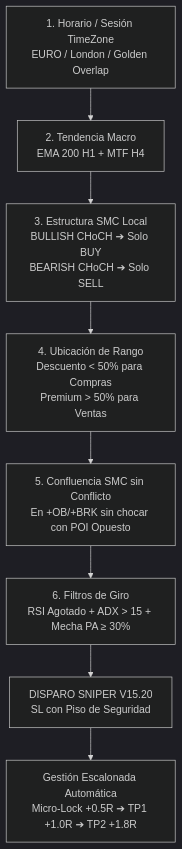
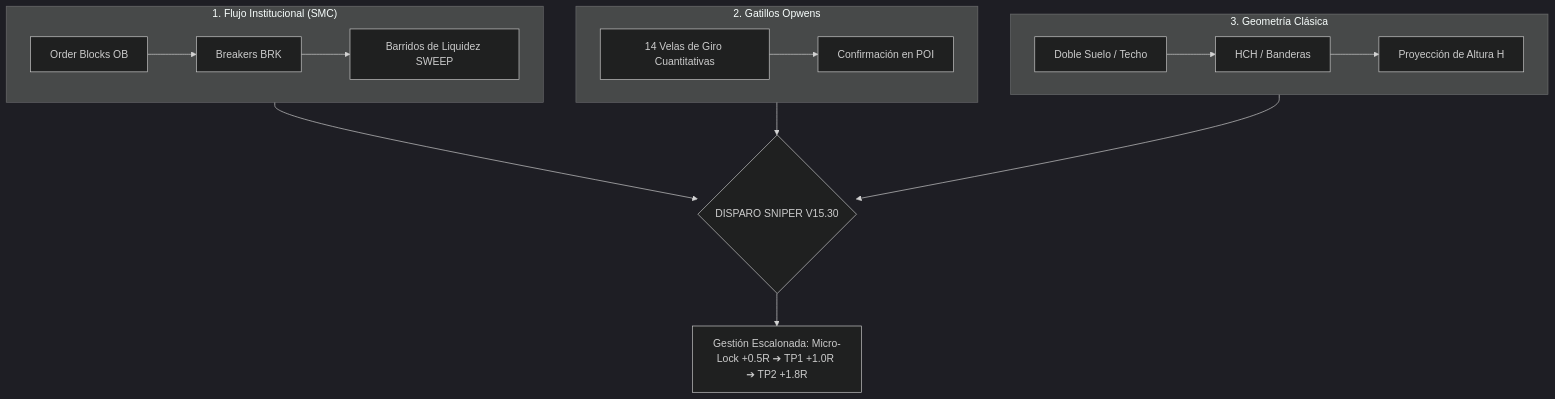
The diagram in MANUAL_AURUM_VISION_V15.md (qhosting/aurumcapital-mt5), drawn with Mermaid (dark theme) before and after one commit. The commit also changed other lines of this file and 19 other files, not shown here.

Commit message:
feat: Actualización V15.35 Pro - Independencia de órdenes manuales, confluencias sweep y calibración de gatillos Opwens

````diff
--- a/MANUAL_AURUM_VISION_V15.md
+++ b/MANUAL_AURUM_VISION_V15.md
@@ -23,10 +28,19 @@
 ```mermaid
-graph TD
-    A[1. Horario / Sesión TimeZone<br/>EURO / London / Golden Overlap] --> B[2. Tendencia Macro<br/>EMA 200 H1 + MTF H4]
-    B --> C[3. Estructura SMC Local<br/>BULLISH CHoCH ➔ Solo BUY<br/>BEARISH CHoCH ➔ Solo SELL]
-    C --> D[4. Ubicación de Rango<br/>Descuento < 50% para Compras<br/>Premium > 50% para Ventas]
-    D --> E[5. Confluencia SMC sin Conflicto<br/>En +OB/+BRK sin chocar con POI Opuesto]
-    E --> F[6. Filtros de Giro<br/>RSI Agotado + ADX > 15 + Mecha PA ≥ 30%]
-    F --> G[DISPARO SNIPER V15.20<br/>SL con Piso de Seguridad]
-    G --> H[Gestión Escalonada Automática<br/>Micro-Lock +0.5R ➔ TP1 +1.0R ➔ TP2 +1.8R]
+flowchart TD
+    subgraph Pilar1["1. Flujo Institucional (SMC)"]
+        A1[Order Blocks OB] --> A2[Breakers BRK]
+        A2 --> A3[Barridos de Liquidez SWEEP]
+    end
+    subgraph Pilar2["2. Gatillos Opwens"]
+        B1[14 Velas de Giro Cuantitativas] --> B2[Confirmación en POI]
+    end
+    subgraph Pilar3["3. Geometría Clásica"]
+        C1[Doble Suelo / Techo] --> C2[HCH / Banderas]
+        C2 --> C3[Proyección de Altura H]
+    end
+
+    Pilar1 --> D{DISPARO SNIPER V15.30}
+    Pilar2 --> D
+    Pilar3 --> D
+    D --> E[Gestión Escalonada: Micro-Lock +0.5R ➔ TP1 +1.0R ➔ TP2 +1.8R]
 ```
````
